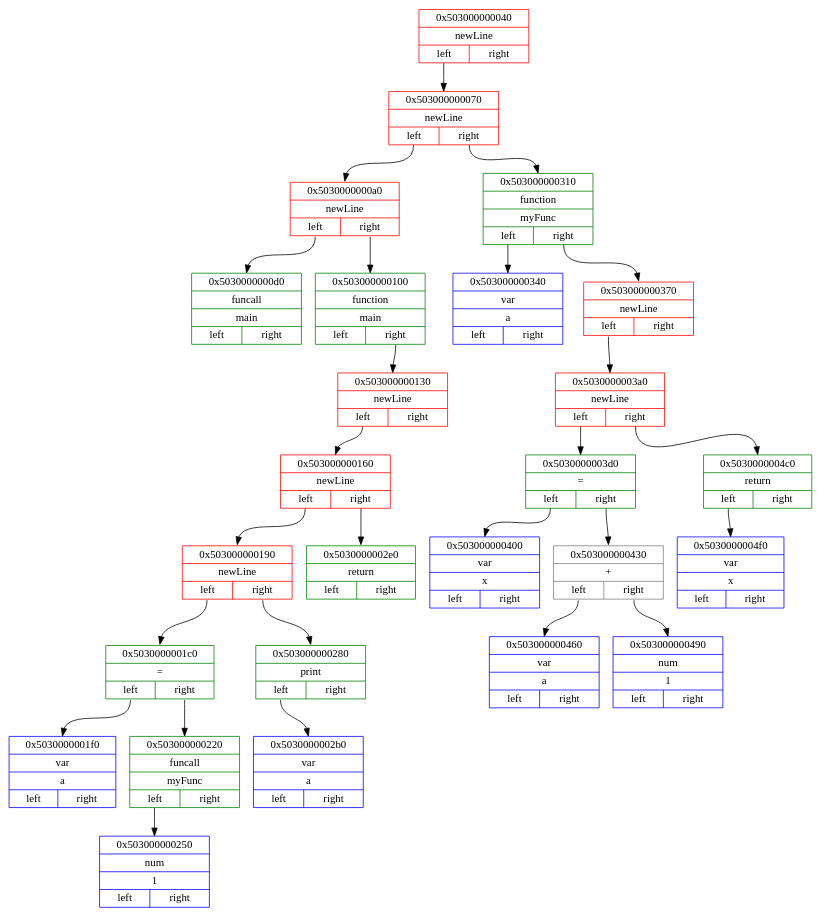
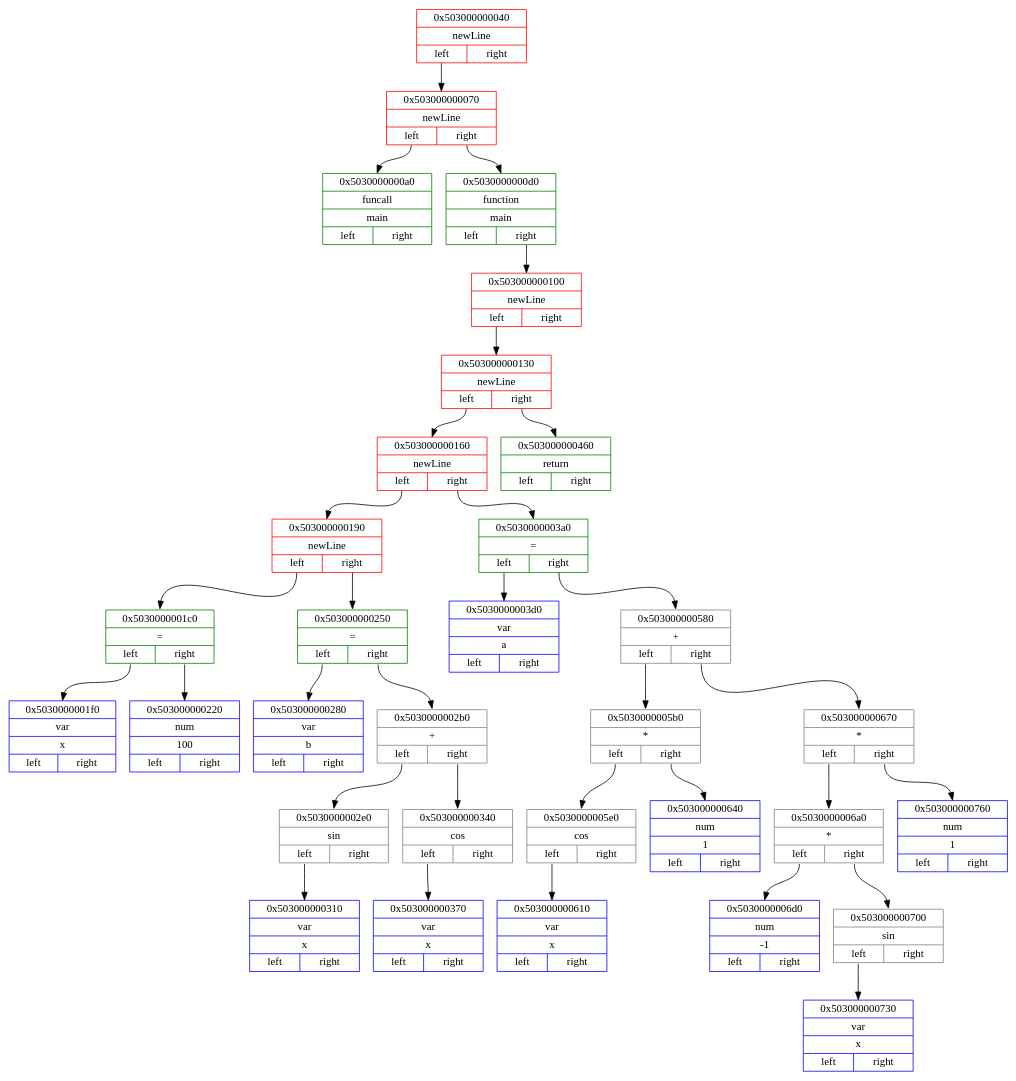
The diagram in dot_files/middlendDotFile.dot (Matvey787/myProgLanguage), drawn with Graphviz before and after one commit. The commit also changed 35 other files, not shown here.

```diff
--- a/dot_files/middlendDotFile.dot
+++ b/dot_files/middlendDotFile.dot
@@ -1,56 +1,68 @@
 digraph
 { 
 rankdir=HR;
 
 node0x503000000040 [ shape=record, color = red rank = 1, label= "{ 0x503000000040 | newLine |         {<n0x503000000040_l> left | <n0x503000000040_r> right}} " ];
 node0x503000000070 [ shape=record, color = red rank = 2, label= "{ 0x503000000070 | newLine |         {<n0x503000000070_l> left | <n0x503000000070_r> right}} " ];
-node0x5030000000a0 [ shape=record, color = red rank = 3, label= "{ 0x5030000000a0 | newLine |         {<n0x5030000000a0_l> left | <n0x5030000000a0_r> right}} " ];
-node0x5030000000d0 [ shape=record, color = green rank = 4, label= "{ 0x5030000000d0 | funcall | main |         {<n0x5030000000d0_l> left | <n0x5030000000d0_r> right}} " ];
-node0x5030000000a0:<n0x5030000000a0_l>:s -> node0x5030000000d0:n [ color = black; ]
-node0x503000000100 [ shape=record, color = green rank = 5, label= "{ 0x503000000100 | function | main |         {<n0x503000000100_l> left | <n0x503000000100_r> right}} " ];
+node0x5030000000a0 [ shape=record, color = green rank = 3, label= "{ 0x5030000000a0 | funcall | main |         {<n0x5030000000a0_l> left | <n0x5030000000a0_r> right}} " ];
+node0x503000000070:<n0x503000000070_l>:s -> node0x5030000000a0:n [ color = black; ]
+node0x5030000000d0 [ shape=record, color = green rank = 4, label= "{ 0x5030000000d0 | function | main |         {<n0x5030000000d0_l> left | <n0x5030000000d0_r> right}} " ];
+node0x503000000100 [ shape=record, color = red rank = 5, label= "{ 0x503000000100 | newLine |         {<n0x503000000100_l> left | <n0x503000000100_r> right}} " ];
 node0x503000000130 [ shape=record, color = red rank = 6, label= "{ 0x503000000130 | newLine |         {<n0x503000000130_l> left | <n0x503000000130_r> right}} " ];
 node0x503000000160 [ shape=record, color = red rank = 7, label= "{ 0x503000000160 | newLine |         {<n0x503000000160_l> left | <n0x503000000160_r> right}} " ];
 node0x503000000190 [ shape=record, color = red rank = 8, label= "{ 0x503000000190 | newLine |         {<n0x503000000190_l> left | <n0x503000000190_r> right}} " ];
 node0x5030000001c0 [ shape=record, color = green rank = 9, label= "{ 0x5030000001c0 | = |         {<n0x5030000001c0_l> left | <n0x5030000001c0_r> right}} " ];
-node0x5030000001f0 [ shape=record, color = blue rank = 10, label= "{ 0x5030000001f0 | var | a |         {<n0x5030000001f0_l> left | <n0x5030000001f0_r> right}} " ];
+node0x5030000001f0 [ shape=record, color = blue rank = 10, label= "{ 0x5030000001f0 | var | x |         {<n0x5030000001f0_l> left | <n0x5030000001f0_r> right}} " ];
 node0x5030000001c0:<n0x5030000001c0_l>:s -> node0x5030000001f0:n [ color = black; ]
-node0x503000000220 [ shape=record, color = green rank = 11, label= "{ 0x503000000220 | funcall | myFunc |         {<n0x503000000220_l> left | <n0x503000000220_r> right}} " ];
-node0x503000000250 [ shape=record, color = blue rank = 12, label= "{ 0x503000000250 | num | 1 |         {<n0x503000000250_l> left | <n0x503000000250_r> right}} " ];
-node0x503000000220:<n0x503000000220_l>:s -> node0x503000000250:n [ color = black; ]
+node0x503000000220 [ shape=record, color = blue rank = 11, label= "{ 0x503000000220 | num | 100 |         {<n0x503000000220_l> left | <n0x503000000220_r> right}} " ];
 node0x5030000001c0:<n0x5030000001c0_r>:s -> node0x503000000220:n [ color = black; ]
 node0x503000000190:<n0x503000000190_l>:s -> node0x5030000001c0:n [ color = black; ]
-node0x503000000280 [ shape=record, color = green rank = 10, label= "{ 0x503000000280 | print |         {<n0x503000000280_l> left | <n0x503000000280_r> right}} " ];
-node0x5030000002b0 [ shape=record, color = blue rank = 11, label= "{ 0x5030000002b0 | var | a |         {<n0x5030000002b0_l> left | <n0x5030000002b0_r> right}} " ];
-node0x503000000280:<n0x503000000280_l>:s -> node0x5030000002b0:n [ color = black; ]
-node0x503000000190:<n0x503000000190_r>:s -> node0x503000000280:n [ color = black; ]
+node0x503000000250 [ shape=record, color = green rank = 10, label= "{ 0x503000000250 | = |         {<n0x503000000250_l> left | <n0x503000000250_r> right}} " ];
+node0x503000000280 [ shape=record, color = blue rank = 11, label= "{ 0x503000000280 | var | b |         {<n0x503000000280_l> left | <n0x503000000280_r> right}} " ];
+node0x503000000250:<n0x503000000250_l>:s -> node0x503000000280:n [ color = black; ]
+node0x5030000002b0 [ shape=record, color = grey rank = 12, label= "{ 0x5030000002b0 | + |         {<n0x5030000002b0_l> left | <n0x5030000002b0_r> right}} " ];
+node0x5030000002e0 [ shape=record, color = grey rank = 13, label= "{ 0x5030000002e0 | sin |         {<n0x5030000002e0_l> left | <n0x5030000002e0_r> right}} " ];
+node0x503000000310 [ shape=record, color = blue rank = 14, label= "{ 0x503000000310 | var | x |         {<n0x503000000310_l> left | <n0x503000000310_r> right}} " ];
+node0x5030000002e0:<n0x5030000002e0_l>:s -> node0x503000000310:n [ color = black; ]
+node0x5030000002b0:<n0x5030000002b0_l>:s -> node0x5030000002e0:n [ color = black; ]
+node0x503000000340 [ shape=record, color = grey rank = 14, label= "{ 0x503000000340 | cos |         {<n0x503000000340_l> left | <n0x503000000340_r> right}} " ];
+node0x503000000370 [ shape=record, color = blue rank = 15, label= "{ 0x503000000370 | var | x |         {<n0x503000000370_l> left | <n0x503000000370_r> right}} " ];
+node0x503000000340:<n0x503000000340_l>:s -> node0x503000000370:n [ color = black; ]
+node0x5030000002b0:<n0x5030000002b0_r>:s -> node0x503000000340:n [ color = black; ]
+node0x503000000250:<n0x503000000250_r>:s -> node0x5030000002b0:n [ color = black; ]
+node0x503000000190:<n0x503000000190_r>:s -> node0x503000000250:n [ color = black; ]
 node0x503000000160:<n0x503000000160_l>:s -> node0x503000000190:n [ color = black; ]
-node0x5030000002e0 [ shape=record, color = green rank = 9, label= "{ 0x5030000002e0 | return |         {<n0x5030000002e0_l> left | <n0x5030000002e0_r> right}} " ];
-node0x503000000160:<n0x503000000160_r>:s -> node0x5030000002e0:n [ color = black; ]
+node0x5030000003a0 [ shape=record, color = green rank = 9, label= "{ 0x5030000003a0 | = |         {<n0x5030000003a0_l> left | <n0x5030000003a0_r> right}} " ];
+node0x5030000003d0 [ shape=record, color = blue rank = 10, label= "{ 0x5030000003d0 | var | a |         {<n0x5030000003d0_l> left | <n0x5030000003d0_r> right}} " ];
+node0x5030000003a0:<n0x5030000003a0_l>:s -> node0x5030000003d0:n [ color = black; ]
+node0x503000000580 [ shape=record, color = grey rank = 11, label= "{ 0x503000000580 | + |         {<n0x503000000580_l> left | <n0x503000000580_r> right}} " ];
+node0x5030000005b0 [ shape=record, color = grey rank = 12, label= "{ 0x5030000005b0 | * |         {<n0x5030000005b0_l> left | <n0x5030000005b0_r> right}} " ];
+node0x5030000005e0 [ shape=record, color = grey rank = 13, label= "{ 0x5030000005e0 | cos |         {<n0x5030000005e0_l> left | <n0x5030000005e0_r> right}} " ];
+node0x503000000610 [ shape=record, color = blue rank = 14, label= "{ 0x503000000610 | var | x |         {<n0x503000000610_l> left | <n0x503000000610_r> right}} " ];
+node0x5030000005e0:<n0x5030000005e0_l>:s -> node0x503000000610:n [ color = black; ]
+node0x5030000005b0:<n0x5030000005b0_l>:s -> node0x5030000005e0:n [ color = black; ]
+node0x503000000640 [ shape=record, color = blue rank = 14, label= "{ 0x503000000640 | num | 1 |         {<n0x503000000640_l> left | <n0x503000000640_r> right}} " ];
+node0x5030000005b0:<n0x5030000005b0_r>:s -> node0x503000000640:n [ color = black; ]
+node0x503000000580:<n0x503000000580_l>:s -> node0x5030000005b0:n [ color = black; ]
+node0x503000000670 [ shape=record, color = grey rank = 13, label= "{ 0x503000000670 | * |         {<n0x503000000670_l> left | <n0x503000000670_r> right}} " ];
+node0x5030000006a0 [ shape=record, color = grey rank = 14, label= "{ 0x5030000006a0 | * |         {<n0x5030000006a0_l> left | <n0x5030000006a0_r> right}} " ];
+node0x5030000006d0 [ shape=record, color = blue rank = 15, label= "{ 0x5030000006d0 | num | -1 |         {<n0x5030000006d0_l> left | <n0x5030000006d0_r> right}} " ];
+node0x5030000006a0:<n0x5030000006a0_l>:s -> node0x5030000006d0:n [ color = black; ]
+node0x503000000700 [ shape=record, color = grey rank = 16, label= "{ 0x503000000700 | sin |         {<n0x503000000700_l> left | <n0x503000000700_r> right}} " ];
+node0x503000000730 [ shape=record, color = blue rank = 17, label= "{ 0x503000000730 | var | x |         {<n0x503000000730_l> left | <n0x503000000730_r> right}} " ];
+node0x503000000700:<n0x503000000700_l>:s -> node0x503000000730:n [ color = black; ]
+node0x5030000006a0:<n0x5030000006a0_r>:s -> node0x503000000700:n [ color = black; ]
+node0x503000000670:<n0x503000000670_l>:s -> node0x5030000006a0:n [ color = black; ]
+node0x503000000760 [ shape=record, color = blue rank = 15, label= "{ 0x503000000760 | num | 1 |         {<n0x503000000760_l> left | <n0x503000000760_r> right}} " ];
+node0x503000000670:<n0x503000000670_r>:s -> node0x503000000760:n [ color = black; ]
+node0x503000000580:<n0x503000000580_r>:s -> node0x503000000670:n [ color = black; ]
+node0x5030000003a0:<n0x5030000003a0_r>:s -> node0x503000000580:n [ color = black; ]
+node0x503000000160:<n0x503000000160_r>:s -> node0x5030000003a0:n [ color = black; ]
 node0x503000000130:<n0x503000000130_l>:s -> node0x503000000160:n [ color = black; ]
-node0x503000000100:<n0x503000000100_r>:s -> node0x503000000130:n [ color = black; ]
-node0x5030000000a0:<n0x5030000000a0_r>:s -> node0x503000000100:n [ color = black; ]
-node0x503000000070:<n0x503000000070_l>:s -> node0x5030000000a0:n [ color = black; ]
-node0x503000000310 [ shape=record, color = green rank = 4, label= "{ 0x503000000310 | function | myFunc |         {<n0x503000000310_l> left | <n0x503000000310_r> right}} " ];
-node0x503000000340 [ shape=record, color = blue rank = 5, label= "{ 0x503000000340 | var | a |         {<n0x503000000340_l> left | <n0x503000000340_r> right}} " ];
-node0x503000000310:<n0x503000000310_l>:s -> node0x503000000340:n [ color = black; ]
-node0x503000000370 [ shape=record, color = red rank = 6, label= "{ 0x503000000370 | newLine |         {<n0x503000000370_l> left | <n0x503000000370_r> right}} " ];
-node0x5030000003a0 [ shape=record, color = red rank = 7, label= "{ 0x5030000003a0 | newLine |         {<n0x5030000003a0_l> left | <n0x5030000003a0_r> right}} " ];
-node0x5030000003d0 [ shape=record, color = green rank = 8, label= "{ 0x5030000003d0 | = |         {<n0x5030000003d0_l> left | <n0x5030000003d0_r> right}} " ];
-node0x503000000400 [ shape=record, color = blue rank = 9, label= "{ 0x503000000400 | var | x |         {<n0x503000000400_l> left | <n0x503000000400_r> right}} " ];
-node0x5030000003d0:<n0x5030000003d0_l>:s -> node0x503000000400:n [ color = black; ]
-node0x503000000430 [ shape=record, color = grey rank = 10, label= "{ 0x503000000430 | + |         {<n0x503000000430_l> left | <n0x503000000430_r> right}} " ];
-node0x503000000460 [ shape=record, color = blue rank = 11, label= "{ 0x503000000460 | var | a |         {<n0x503000000460_l> left | <n0x503000000460_r> right}} " ];
-node0x503000000430:<n0x503000000430_l>:s -> node0x503000000460:n [ color = black; ]
-node0x503000000490 [ shape=record, color = blue rank = 12, label= "{ 0x503000000490 | num | 1 |         {<n0x503000000490_l> left | <n0x503000000490_r> right}} " ];
-node0x503000000430:<n0x503000000430_r>:s -> node0x503000000490:n [ color = black; ]
-node0x5030000003d0:<n0x5030000003d0_r>:s -> node0x503000000430:n [ color = black; ]
-node0x5030000003a0:<n0x5030000003a0_l>:s -> node0x5030000003d0:n [ color = black; ]
-node0x5030000004c0 [ shape=record, color = green rank = 9, label= "{ 0x5030000004c0 | return |         {<n0x5030000004c0_l> left | <n0x5030000004c0_r> right}} " ];
-node0x5030000004f0 [ shape=record, color = blue rank = 10, label= "{ 0x5030000004f0 | var | x |         {<n0x5030000004f0_l> left | <n0x5030000004f0_r> right}} " ];
-node0x5030000004c0:<n0x5030000004c0_l>:s -> node0x5030000004f0:n [ color = black; ]
-node0x5030000003a0:<n0x5030000003a0_r>:s -> node0x5030000004c0:n [ color = black; ]
-node0x503000000370:<n0x503000000370_l>:s -> node0x5030000003a0:n [ color = black; ]
-node0x503000000310:<n0x503000000310_r>:s -> node0x503000000370:n [ color = black; ]
-node0x503000000070:<n0x503000000070_r>:s -> node0x503000000310:n [ color = black; ]
+node0x503000000460 [ shape=record, color = green rank = 8, label= "{ 0x503000000460 | return |         {<n0x503000000460_l> left | <n0x503000000460_r> right}} " ];
+node0x503000000130:<n0x503000000130_r>:s -> node0x503000000460:n [ color = black; ]
+node0x503000000100:<n0x503000000100_l>:s -> node0x503000000130:n [ color = black; ]
+node0x5030000000d0:<n0x5030000000d0_r>:s -> node0x503000000100:n [ color = black; ]
+node0x503000000070:<n0x503000000070_r>:s -> node0x5030000000d0:n [ color = black; ]
 node0x503000000040:<n0x503000000040_l>:s -> node0x503000000070:n [ color = black; ]
 }
```
